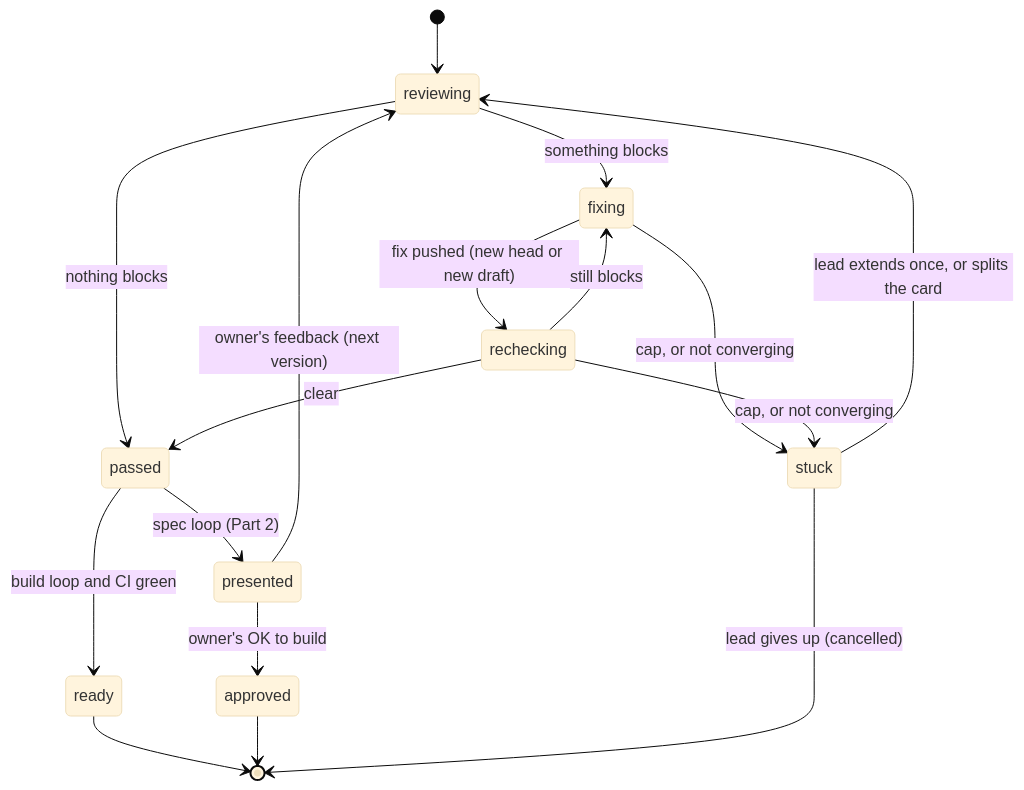
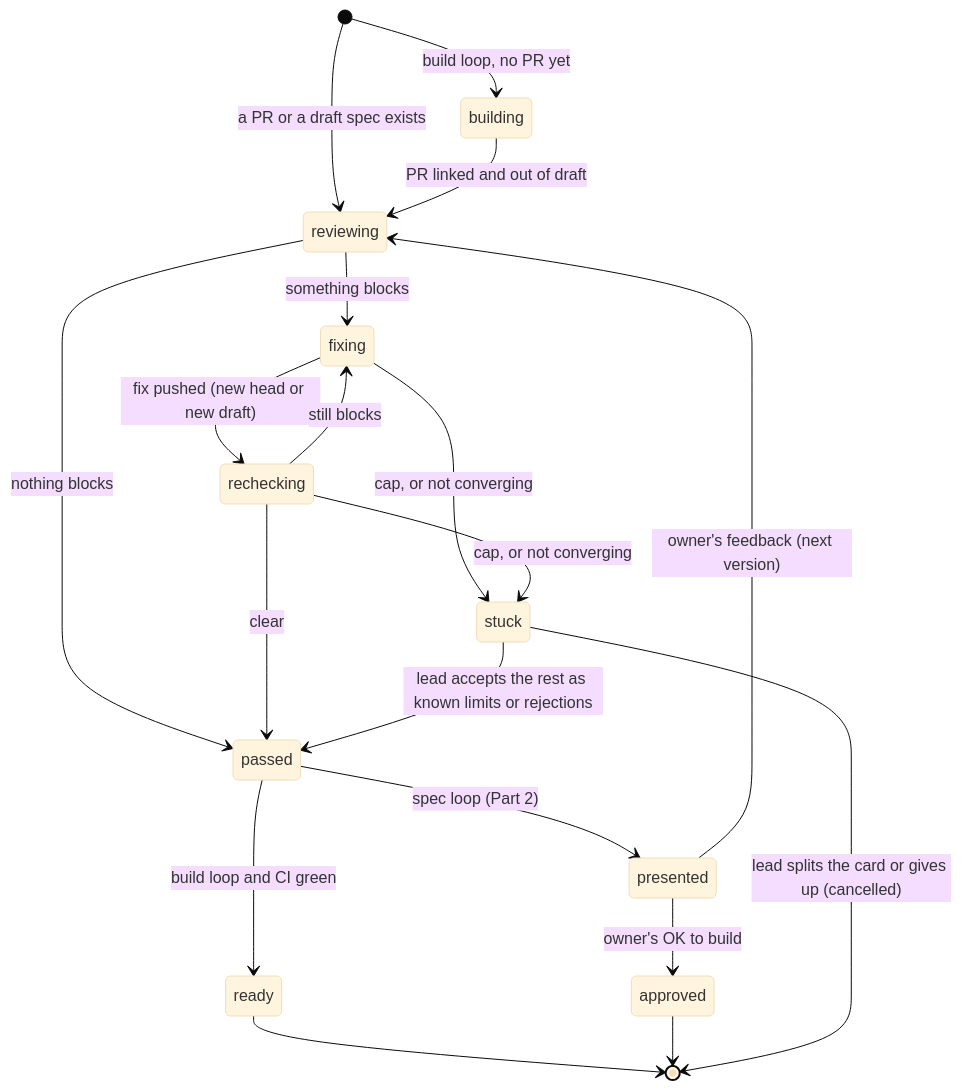
The second of 2 diagrams in docs/design/loop-engine.md (kirinnee/ferretry), drawn with Mermaid (base theme) before and after one commit. The commit also changed other lines of this file, not shown here.

````diff
--- a/docs/design/loop-engine.md
+++ b/docs/design/loop-engine.md
@@ -115,19 +121,21 @@
 ```mermaid
 stateDiagram-v2
-  [*] --> reviewing
+  [*] --> building: build loop, no PR yet
+  [*] --> reviewing: a PR or a draft spec exists
+  building --> reviewing: PR linked and out of draft
   reviewing --> passed: nothing blocks
   reviewing --> fixing: something blocks
   fixing --> rechecking: fix pushed (new head or new draft)
   rechecking --> fixing: still blocks
   rechecking --> passed: clear
   fixing --> stuck: cap, or not converging
   rechecking --> stuck: cap, or not converging
-  stuck --> reviewing: lead extends once, or splits the card
   passed --> ready: build loop and CI green
   passed --> presented: spec loop (Part 2)
   presented --> reviewing: owner's feedback (next version)
   presented --> approved: owner's OK to build
   ready --> [*]
   approved --> [*]
-  stuck --> [*]: lead gives up (cancelled)
+  stuck --> passed: lead accepts the rest as known limits or rejections
+  stuck --> [*]: lead splits the card or gives up (cancelled)
 ```
````
